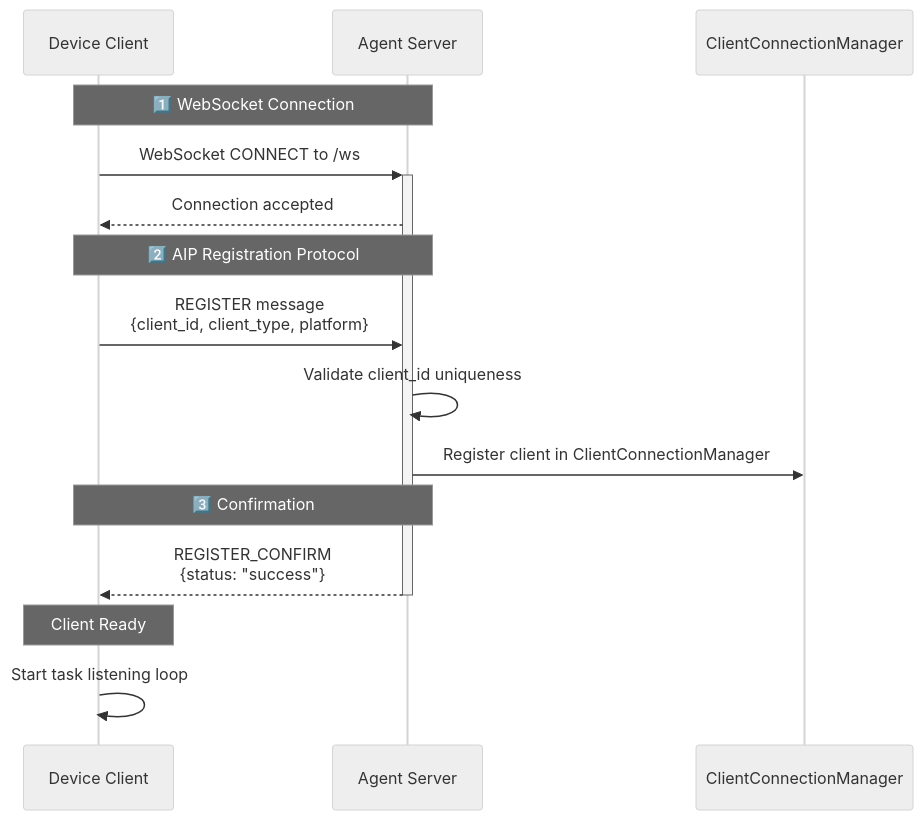
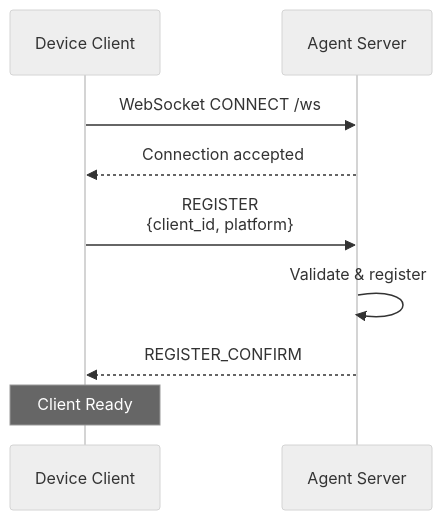
Before and after one commit to microsoft/UFO: the first of 2 diagrams in documents/docs/server/quick_start.md, drawn with Mermaid (neutral theme). The commit also changed other lines of this file and 27 other files, not shown here.

````diff
--- a/documents/docs/server/quick_start.md
+++ b/documents/docs/server/quick_start.md
@@ -143,21 +133,14 @@
 ```mermaid
 sequenceDiagram
     participant C as Device Client
     participant S as Agent Server
-    participant M as ClientConnectionManager
     
-    Note over C,S: 1️⃣ WebSocket Connection
-    C->>+S: WebSocket CONNECT to /ws
+    C->>S: WebSocket CONNECT /ws
     S-->>C: Connection accepted
     
-    Note over C,S: 2️⃣ AIP Registration Protocol
-    C->>S: REGISTER message<br/>{client_id, client_type, platform}
-    S->>S: Validate client_id uniqueness
-    S->>M: Register client in ClientConnectionManager
-    
-    Note over C,S: 3️⃣ Confirmation
-    S-->>-C: REGISTER_CONFIRM<br/>{status: "success"}
+    C->>S: REGISTER<br/>{client_id, platform}
+    S->>S: Validate & register
+    S-->>C: REGISTER_CONFIRM
     
     Note over C: Client Ready
-    C->>C: Start task listening loop
 ```
````
